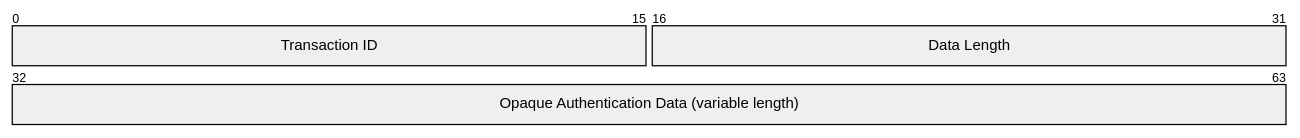
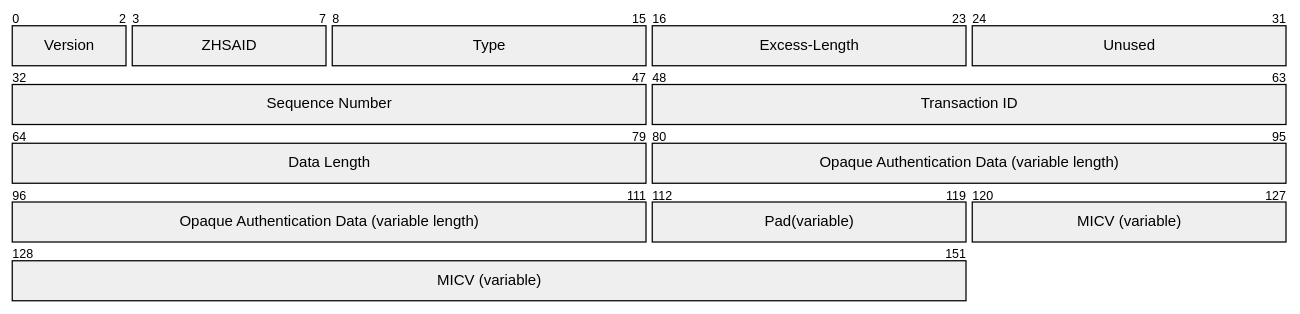
Before and after one commit to org-zpr/zpr-rfcs: diagram 28 of 43 in src/17-ZPR-Data-Protocol/body.md, drawn with Mermaid. The commit also changed other lines of this file, not shown here.

````diff
--- a/src/17-ZPR-Data-Protocol/body.md
+++ b/src/17-ZPR-Data-Protocol/body.md
@@ -3398,7 +3767,15 @@
 ``` mermaid
 %%| fig-cap: Authentication Request Management Message
 packet
++3: "Version"
++5: "ZHSAID"
++8: "Type"
++8: "Excess-Length"
++8: "Unused"
++16: "Sequence Number"
 +16: "Transaction ID"
 +16: "Data Length"
 +32: "Opaque Authentication Data (variable length)"
++8: "Pad(variable)"
++32: "MICV (variable)"
 ```
````
